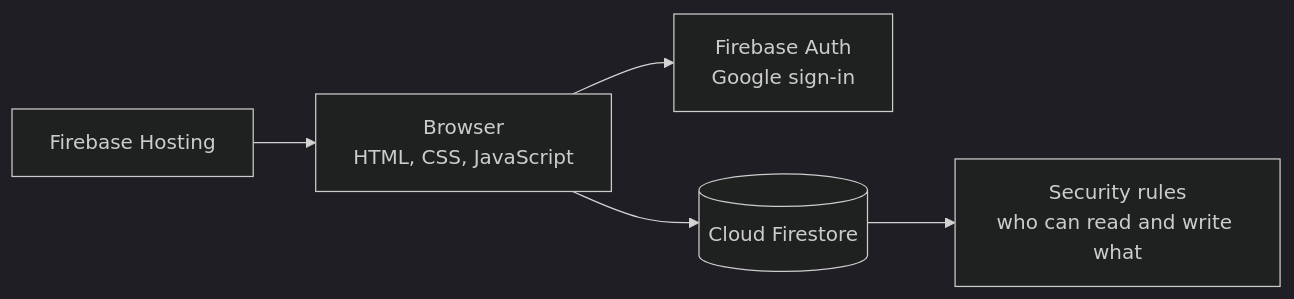
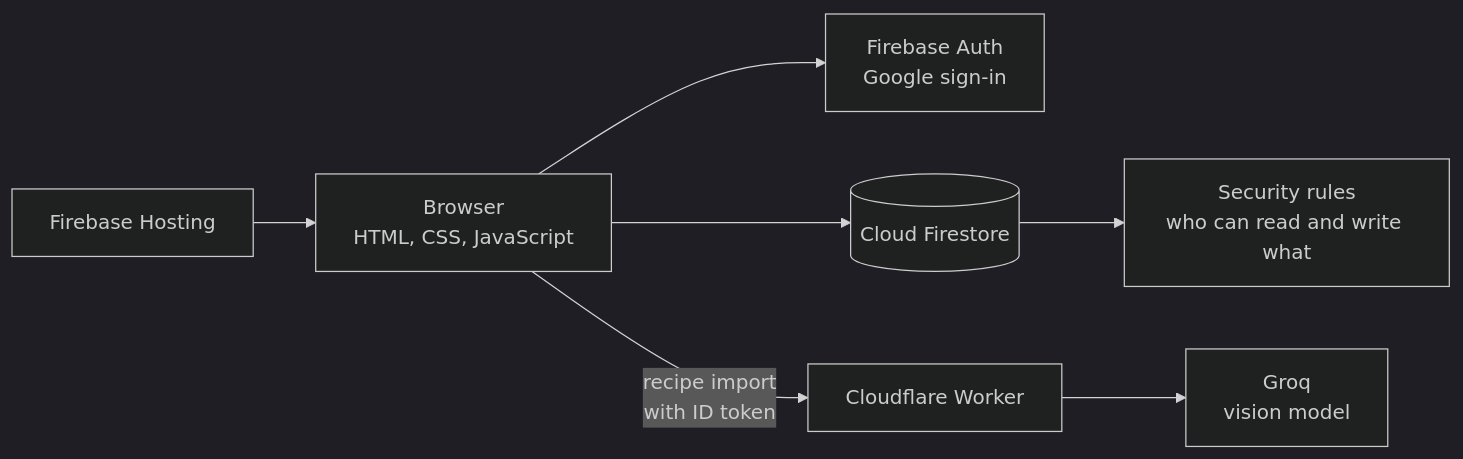
The first of 2 diagrams in README.md (sloanatkins/recipe-book-web-app), drawn with Mermaid (dark theme) before and after one commit. The commit also changed other lines of this file, not shown here.

Commit message:
README: document AI recipe import

````diff
--- a/README.md
+++ b/README.md
@@ -21,7 +21,9 @@
 ```mermaid
 flowchart LR
     A["Browser<br/>HTML, CSS, JavaScript"] --> B["Firebase Auth<br/>Google sign-in"]
     A --> C[("Cloud Firestore")]
     C --> D["Security rules<br/>who can read and write what"]
     E["Firebase Hosting"] --> A
+    A -->|"recipe import<br/>with ID token"| F["Cloudflare Worker"]
+    F --> G["Groq<br/>vision model"]
 ```
````
